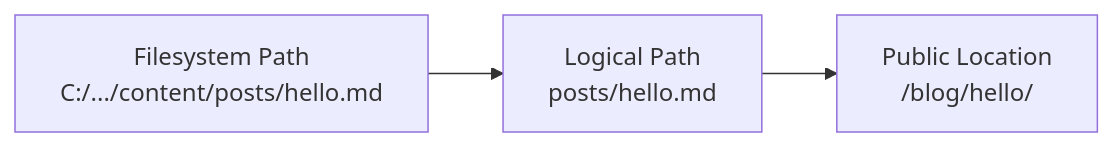
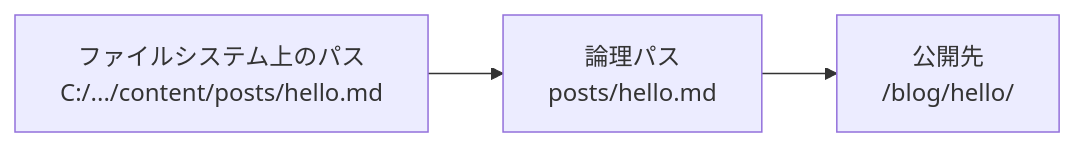
The third of 13 diagrams in docs/docs/framework/content-system.ja.md (Rerurate514/riebeckite), drawn with Mermaid before and after one commit. The commit also changed other lines of this file and 310 other files, not shown here.

````diff
--- a/docs/docs/framework/content-system.ja.md
+++ b/docs/docs/framework/content-system.ja.md
@@ -140,9 +124,9 @@
 ```mermaid id="qvyr9m"
 flowchart LR
-    FS["Filesystem Path<br/>C:/.../content/posts/hello.md"]
-    Logical["Logical Path<br/>posts/hello.md"]
-    Public["Public Location<br/>/blog/hello/"]
+    FS["ファイルシステム上のパス<br/>C:/.../content/posts/hello.md"]
+    Logical["論理パス<br/>posts/hello.md"]
+    Public["公開先<br/>/blog/hello/"]
 
     FS --> Logical
     Logical --> Public
 ```
````
